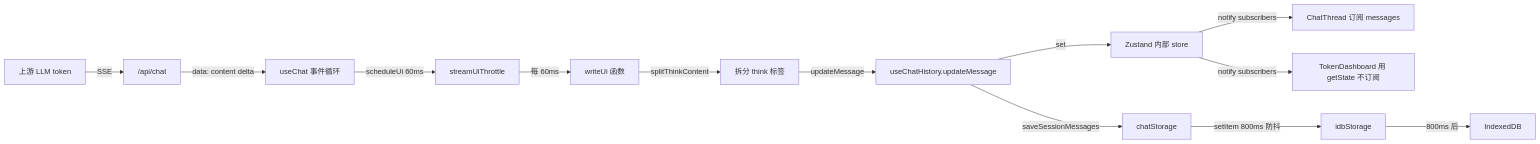
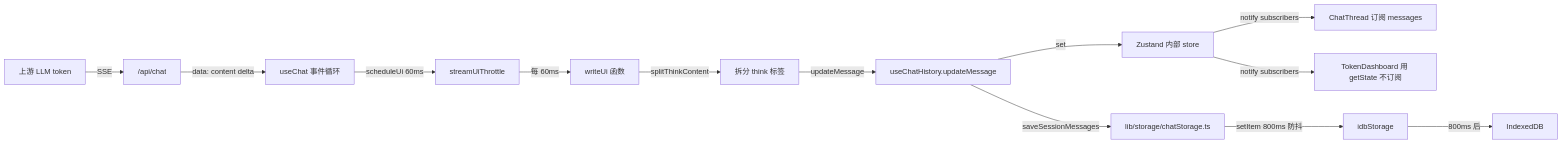
The third of 4 diagrams in docs/research/06-state-management.md (AIMFllyYS/Notebook-MedFreshman), drawn with Mermaid before and after one commit. The commit also changed other lines of this file and 11 other files, not shown here.

````diff
--- a/docs/research/06-state-management.md
+++ b/docs/research/06-state-management.md
@@ -509,15 +503,15 @@
 ```mermaid
 flowchart LR
     LLM[上游 LLM token] -->|SSE| API["/api/chat"]
     API -->|data: content delta| useChat[useChat 事件循环]
     useChat -->|scheduleUi 60ms| Throttle[streamUiThrottle]
     Throttle -->|每 60ms| writeUi[writeUi 函数]
     writeUi -->|splitThinkContent| split[拆分 think 标签]
     split -->|updateMessage| useChatHistory[useChatHistory.updateMessage]
     useChatHistory -->|set| Zustand[Zustand 内部 store]
     Zustand -->|notify subscribers| Sub1[ChatThread 订阅 messages]
     Zustand -->|notify subscribers| Sub2[TokenDashboard 用 getState 不订阅]
-    useChatHistory -->|saveSessionMessages| chatStorage[chatStorage]
+    useChatHistory -->|saveSessionMessages| chatStorage[lib/storage/chatStorage.ts]
     chatStorage -->|setItem 800ms 防抖| idbStorage[idbStorage]
     idbStorage -->|800ms 后| IDB[IndexedDB]
 ```
````
